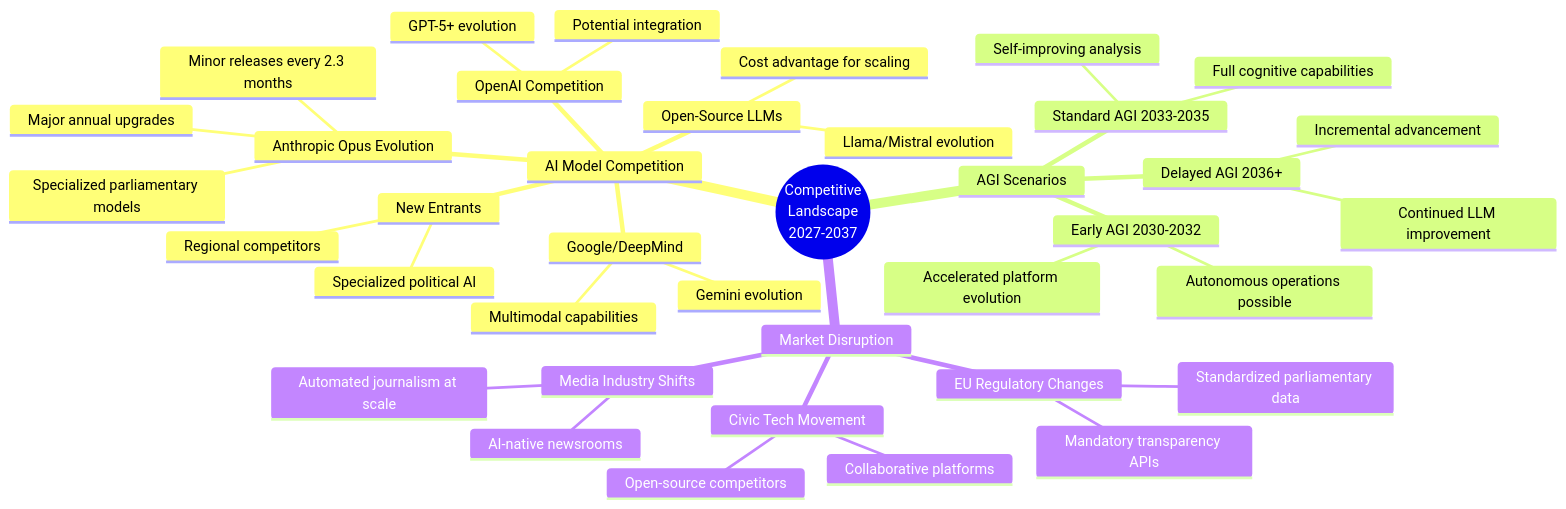
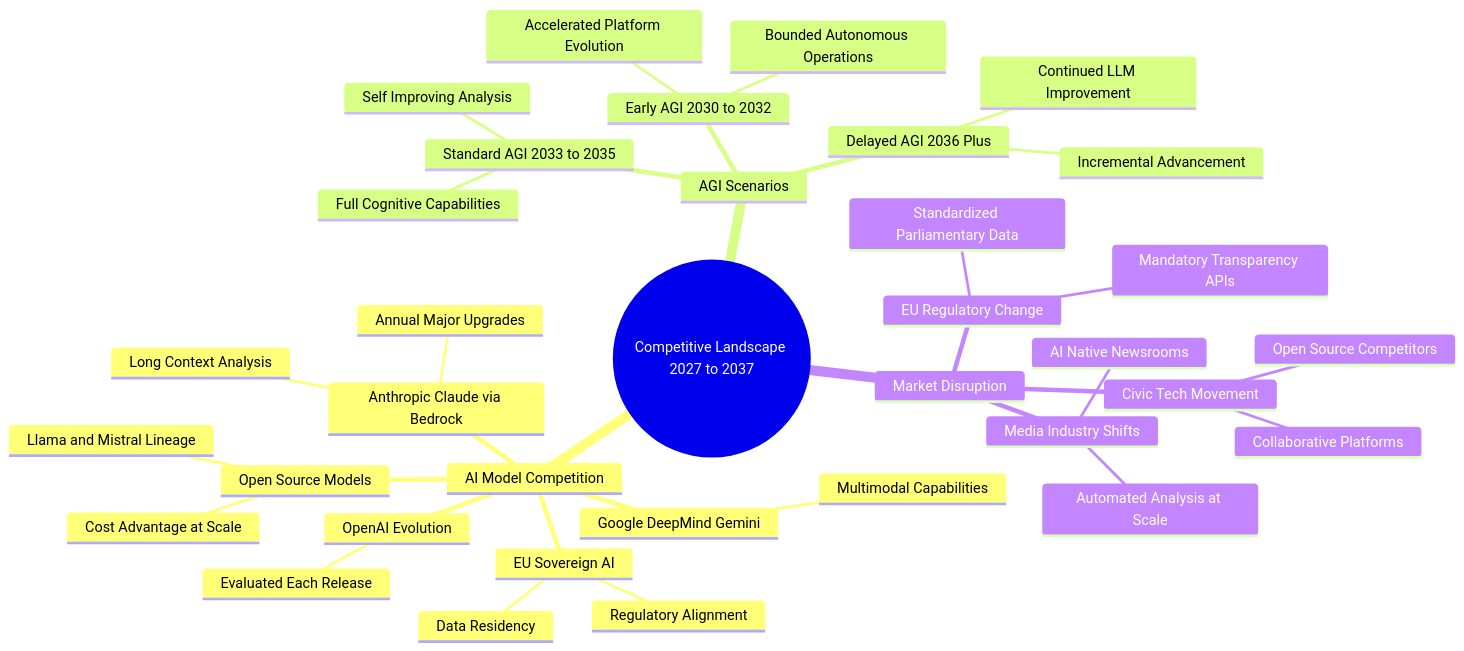
Before and after one commit to Hack23/euparliamentmonitor: diagram 14 of 15 in FUTURE_MINDMAP.md, drawn with Mermaid. The commit also changed other lines of this file and 5 other files, not shown here.

Commit message:
docs: rewrite FUTURE architecture portfolio for v2.0/v3.0 all-in-AWS vision

````diff
--- a/FUTURE_MINDMAP.md
+++ b/FUTURE_MINDMAP.md
@@ -873,41 +766,38 @@
 ```mermaid
 mindmap
-  root((Competitive<br/>Landscape<br/>2027-2037))
+  root((Competitive Landscape 2027 to 2037))
     AI Model Competition
-      Anthropic Opus Evolution
-        Minor releases every 2.3 months
-        Major annual upgrades
-        Specialized parliamentary models
-      OpenAI Competition
-        GPT-5+ evolution
-        Potential integration
-      Google/DeepMind
-        Gemini evolution
-        Multimodal capabilities
-      Open-Source LLMs
-        Llama/Mistral evolution
-        Cost advantage for scaling
-      New Entrants
-        Specialized political AI
-        Regional competitors
+      Anthropic Claude via Bedrock
+        Annual Major Upgrades
+        Long Context Analysis
+      OpenAI Evolution
+        Evaluated Each Release
+      Google DeepMind Gemini
+        Multimodal Capabilities
+      Open Source Models
+        Cost Advantage at Scale
+        Llama and Mistral Lineage
+      EU Sovereign AI
+        Data Residency
+        Regulatory Alignment
     AGI Scenarios
-      Early AGI 2030-2032
-        Accelerated platform evolution
-        Autonomous operations possible
-      Standard AGI 2033-2035
-        Full cognitive capabilities
-        Self-improving analysis
-      Delayed AGI 2036+
-        Continued LLM improvement
-        Incremental advancement
+      Early AGI 2030 to 2032
+        Accelerated Platform Evolution
+        Bounded Autonomous Operations
+      Standard AGI 2033 to 2035
+        Full Cognitive Capabilities
+        Self Improving Analysis
+      Delayed AGI 2036 Plus
+        Continued LLM Improvement
+        Incremental Advancement
     Market Disruption
-      EU Regulatory Changes
-        Mandatory transparency APIs
-        Standardized parliamentary data
+      EU Regulatory Change
+        Mandatory Transparency APIs
+        Standardized Parliamentary Data
       Civic Tech Movement
-        Open-source competitors
-        Collaborative platforms
+        Open Source Competitors
+        Collaborative Platforms
       Media Industry Shifts
-        AI-native newsrooms
-        Automated journalism at scale
+        AI Native Newsrooms
+        Automated Analysis at Scale
 ```
````
